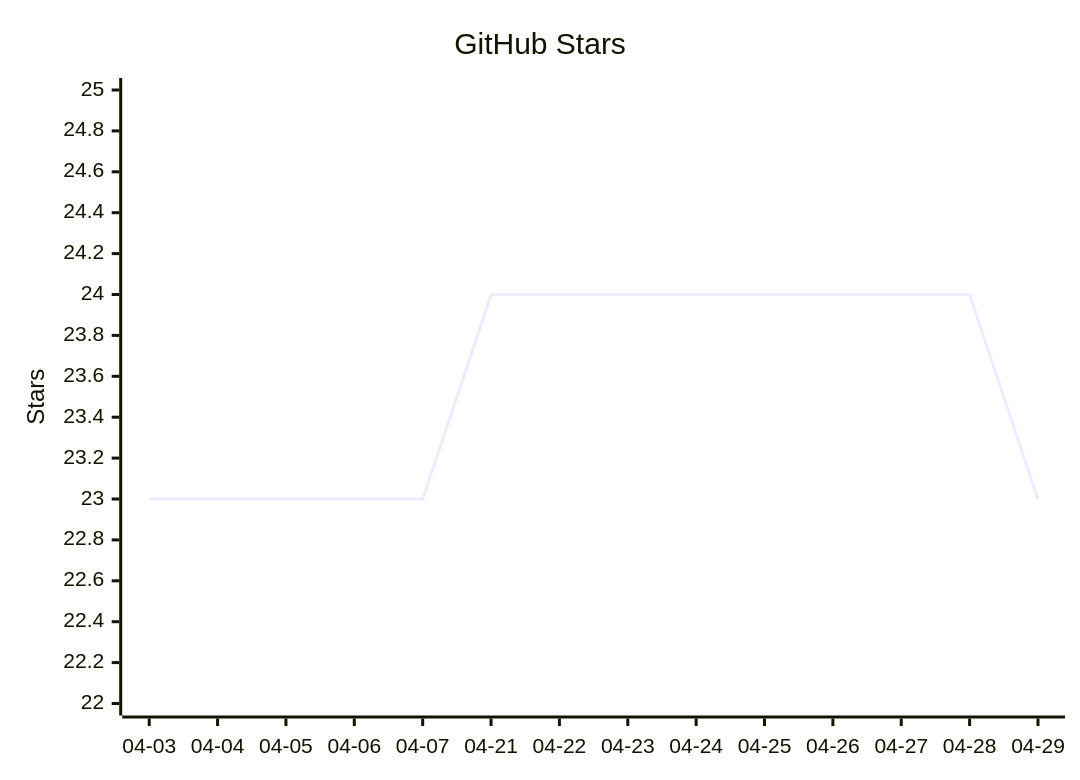
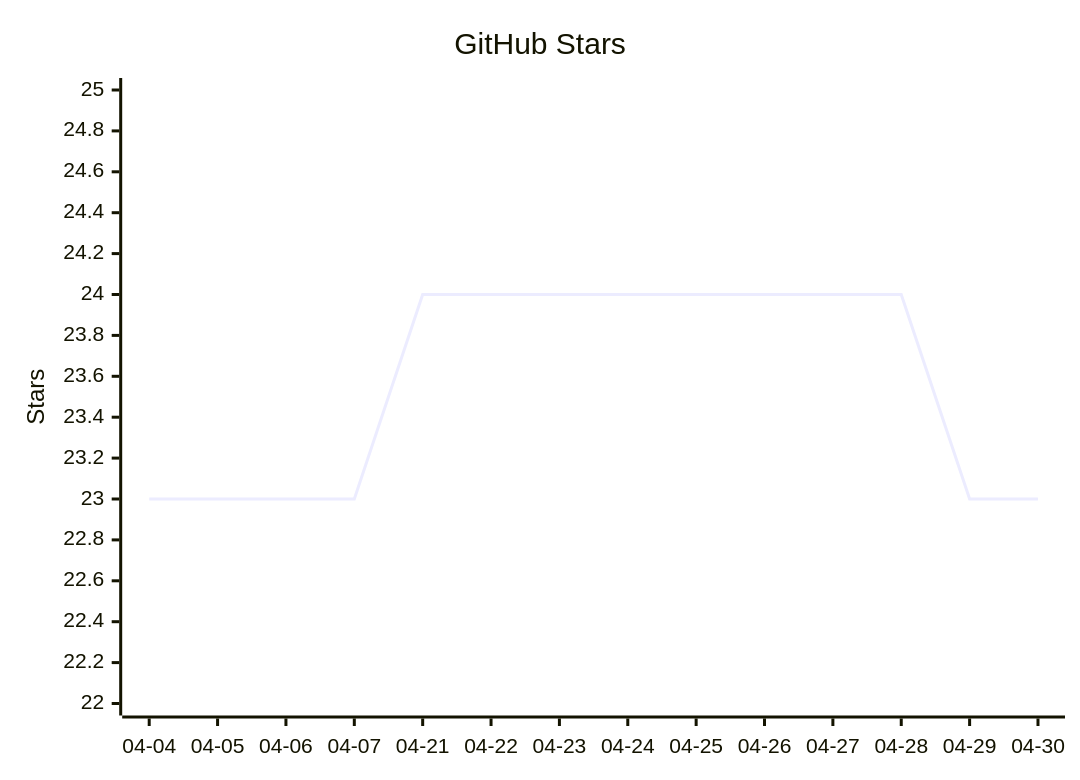
Before and after one commit to vectie/moonclaw: the diagram in README.mbt.md, drawn with Mermaid. The commit also changed other lines of this file and 1 other file, not shown here.

Commit message:
Update README star growth

````diff
--- a/README.mbt.md
+++ b/README.mbt.md
@@ -489,7 +489,7 @@
 ```mermaid
 xychart-beta
     title "GitHub Stars"
-    x-axis ["04-03","04-04","04-05","04-06","04-07","04-21","04-22","04-23","04-24","04-25","04-26","04-27","04-28","04-29"]
+    x-axis ["04-04","04-05","04-06","04-07","04-21","04-22","04-23","04-24","04-25","04-26","04-27","04-28","04-29","04-30"]
     y-axis "Stars" 22 --> 25
-    line [23,23,23,23,23,24,24,24,24,24,24,24,24,23]
+    line [23,23,23,23,24,24,24,24,24,24,24,24,23,23]
 ```
````
